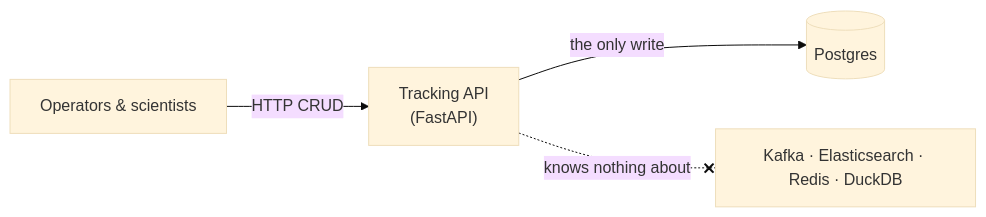
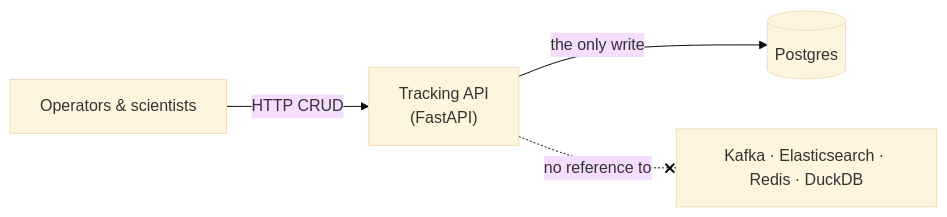
One commit to albertngx/genomics-read-model changed the diagram in docs/pipeline/tracking-service.md. Above: the diagram before and after it, drawn with Mermaid (base theme). The commit also changed other lines of this file and 24 other files, not shown here.

````diff
--- a/docs/pipeline/tracking-service.md
+++ b/docs/pipeline/tracking-service.md
@@ -11,6 +12,6 @@
 ```mermaid
 flowchart LR
   op["Operators &amp; scientists"] -->|"HTTP CRUD"| api["Tracking API<br/>(FastAPI)"]
   api -->|"the only write"| pg[("Postgres")]
-  api -. "knows nothing about" .-x ds["Kafka · Elasticsearch · Redis · DuckDB"]
+  api -. "no reference to" .-x ds["Kafka · Elasticsearch · Redis · DuckDB"]
 ```
````
